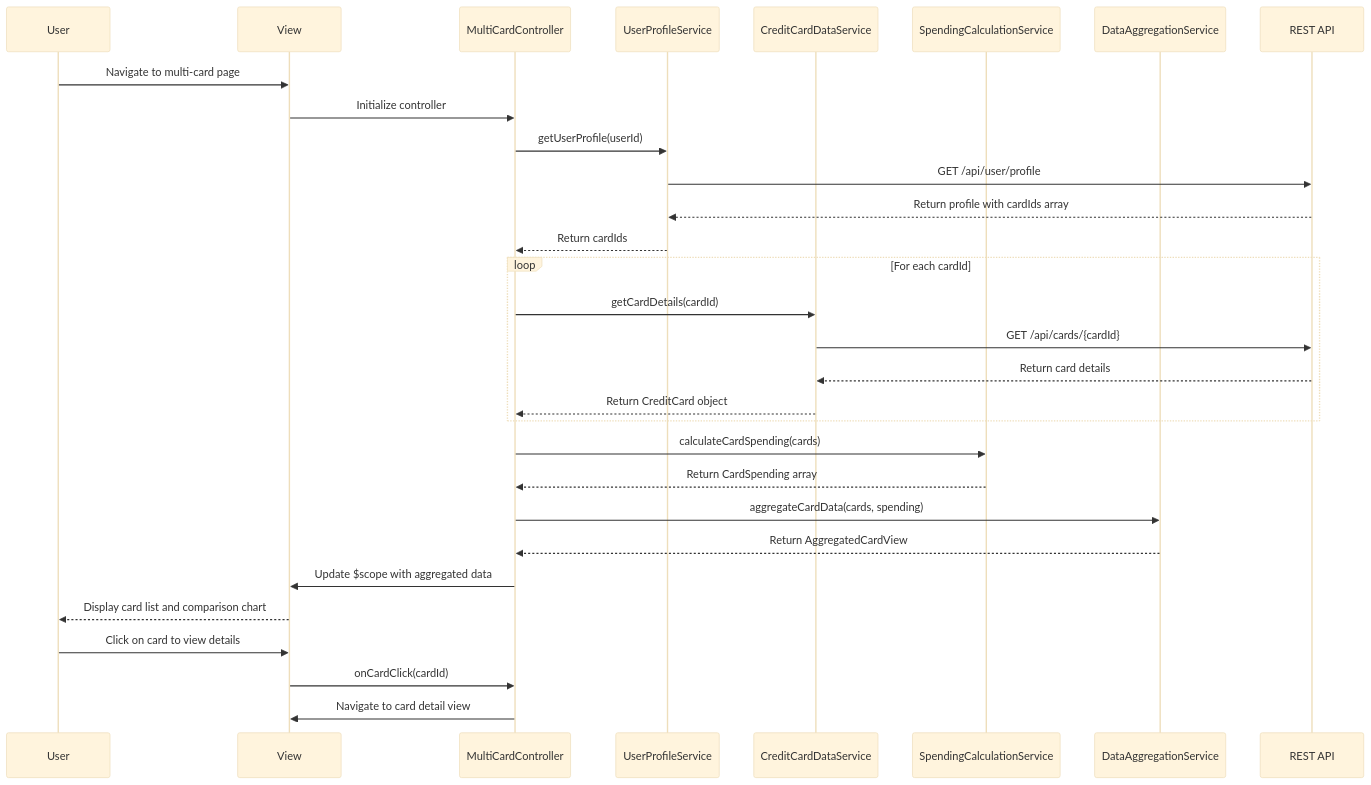
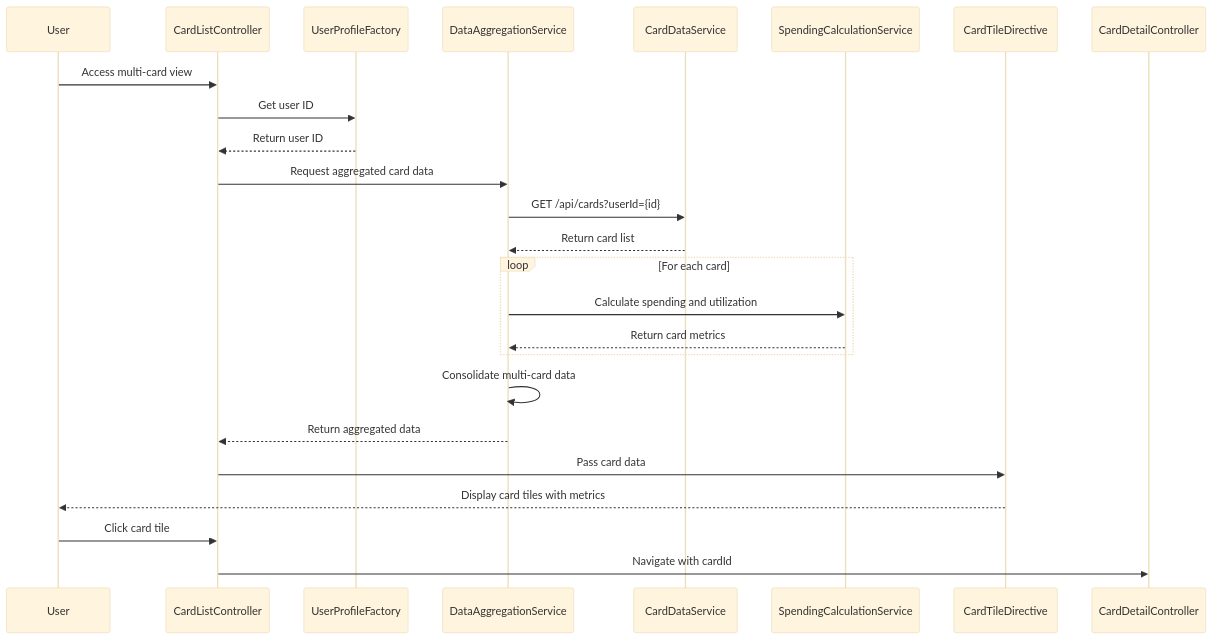
The diagram in LLD/QE-7709_LLD.md (AAVA-Demo/APB_Demo), drawn with Mermaid (base theme) before and after one commit. The commit also changed other lines of this file and 5 other files, not shown here.

````diff
--- a/LLD/QE-7709_LLD.md
+++ b/LLD/QE-7709_LLD.md
@@ -100,33 +96,27 @@
 ```mermaid
 sequenceDiagram
     participant User
-    participant View
-    participant Controller as MultiCardController
-    participant ProfileService as UserProfileService
-    participant CardService as CreditCardDataService
-    participant SpendingService as SpendingCalculationService
-    participant AggService as DataAggregationService
-    participant API as REST API
-
-    User->>View: Navigate to multi-card page
-    View->>Controller: Initialize controller
-    Controller->>ProfileService: getUserProfile(userId)
-    ProfileService->>API: GET /api/user/profile
-    API-->>ProfileService: Return profile with cardIds array
-    ProfileService-->>Controller: Return cardIds
-    loop For each cardId
-        Controller->>CardService: getCardDetails(cardId)
-        CardService->>API: GET /api/cards/{cardId}
-        API-->>CardService: Return card details
-        CardService-->>Controller: Return CreditCard object
+    participant CardListController
+    participant UserProfileFactory
+    participant DataAggregationService
+    participant CardDataService
+    participant SpendingCalculationService
+    participant CardTileDirective
+    
+    User->>CardListController: Access multi-card view
+    CardListController->>UserProfileFactory: Get user ID
+    UserProfileFactory-->>CardListController: Return user ID
+    CardListController->>DataAggregationService: Request aggregated card data
+    DataAggregationService->>CardDataService: GET /api/cards?userId={id}
+    CardDataService-->>DataAggregationService: Return card list
+    loop For each card
+        DataAggregationService->>SpendingCalculationService: Calculate spending and utilization
+        SpendingCalculationService-->>DataAggregationService: Return card metrics
     end
-    Controller->>SpendingService: calculateCardSpending(cards)
-    SpendingService-->>Controller: Return CardSpending array
-    Controller->>AggService: aggregateCardData(cards, spending)
-    AggService-->>Controller: Return AggregatedCardView
-    Controller->>View: Update $scope with aggregated data
-    View-->>User: Display card list and comparison chart
-    User->>View: Click on card to view details
-    View->>Controller: onCardClick(cardId)
-    Controller->>View: Navigate to card detail view
+    DataAggregationService->>DataAggregationService: Consolidate multi-card data
+    DataAggregationService-->>CardListController: Return aggregated data
+    CardListController->>CardTileDirective: Pass card data
+    CardTileDirective-->>User: Display card tiles with metrics
+    User->>CardListController: Click card tile
+    CardListController->>CardDetailController: Navigate with cardId
 ```
````
